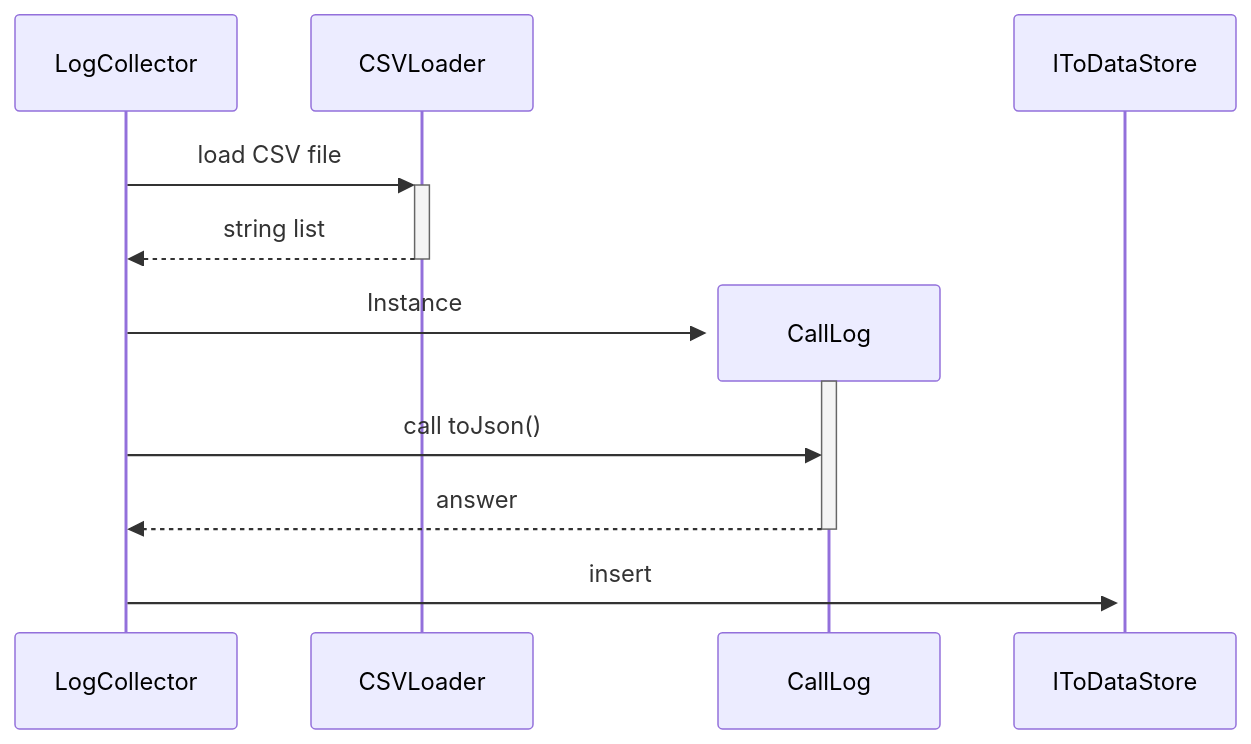
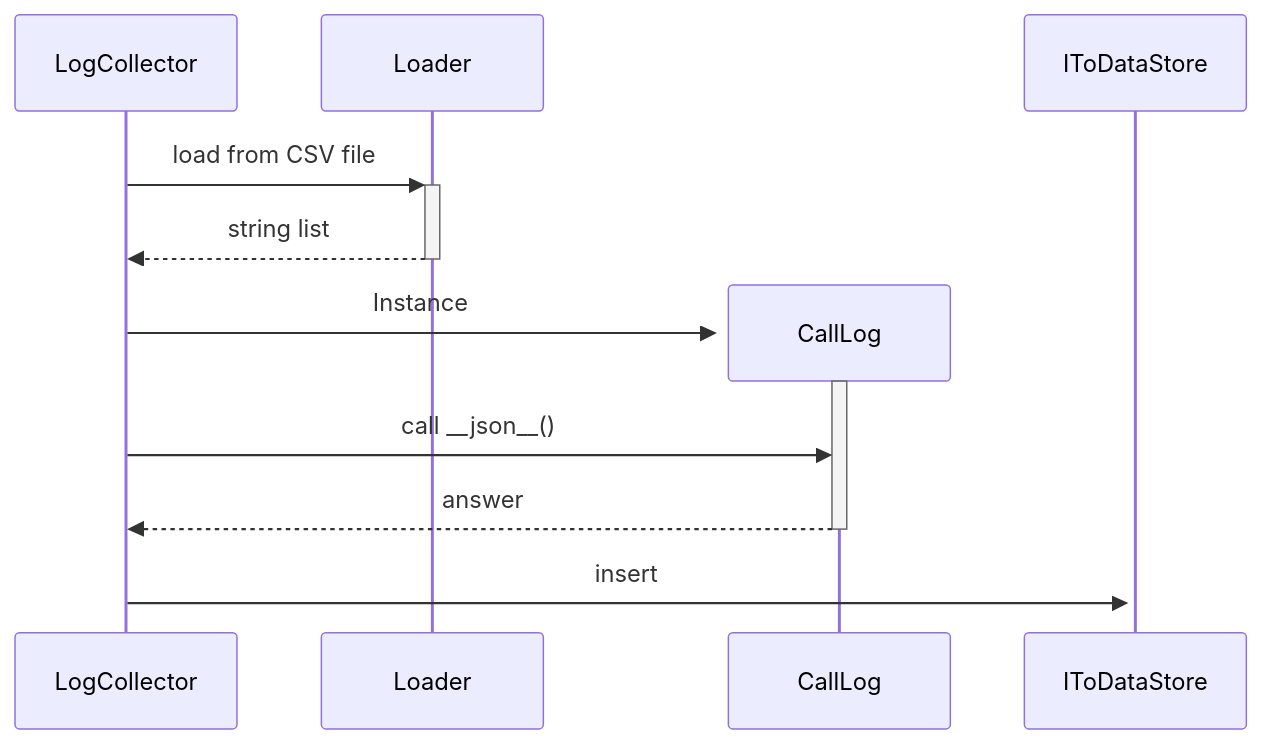
Before and after one commit to Davide-OttoneCasagrande/Call-Log-Handler: the second of 2 diagrams in docs/drs.md, drawn with Mermaid. The commit also changed other lines of this file, not shown here.

```diff
--- a/docs/drs.md
+++ b/docs/drs.md
@@ -135,10 +135,10 @@
 ::: mermaid
 sequenceDiagram
-LogCollector->>+CSVLoader: load CSV file
-CSVLoader-->>-LogCollector: string list
+LogCollector->>+Loader: load from CSV file
+Loader-->>-LogCollector: string list
 create participant CallLog
 LogCollector->>+CallLog: Instance
-LogCollector->>CallLog: call toJson()
+LogCollector->>CallLog: call __json__()
 CallLog-->>-LogCollector: answer
 LogCollector->>+IToDataStore:insert
 :::
```
